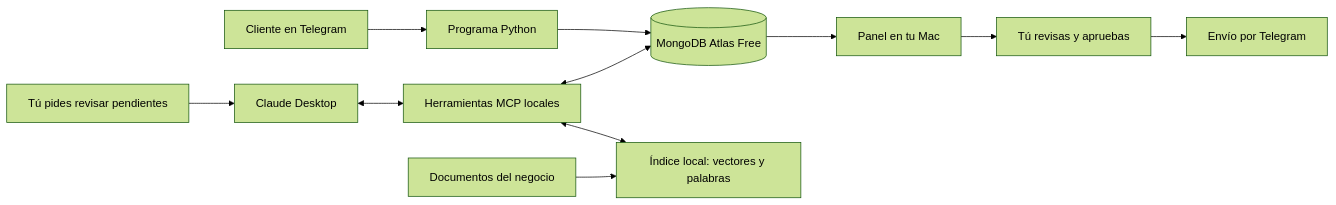
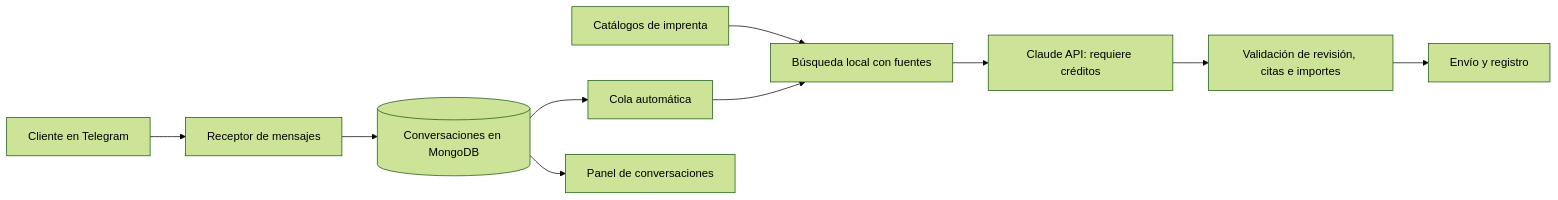
One commit to Israeljuarezjimenez/zentra-aiec changed the diagram in README.md. Above: the diagram before and after it, drawn with Mermaid (forest theme). The commit also changed other lines of this file and 70 other files, not shown here.

````diff
--- a/README.md
+++ b/README.md
@@ -132,13 +104,12 @@
 ```mermaid
 flowchart LR
-    Cliente[Cliente en Telegram] --> Receptor[Programa Python]
-    Receptor --> Mongo[(MongoDB Atlas Free)]
-    Persona[Tú pides revisar pendientes] --> Claude[Claude Desktop]
-    Claude <--> MCP[Herramientas MCP locales]
-    MCP <--> Mongo
-    Documentos[Documentos del negocio] --> Indice[Índice local: vectores y palabras]
-    MCP <--> Indice
-    Mongo --> Panel[Panel en tu Mac]
-    Panel --> Aprobacion[Tú revisas y apruebas]
-    Aprobacion --> Telegram[Envío por Telegram]
+    Cliente[Cliente en Telegram] --> Receptor[Receptor de mensajes]
+    Receptor --> Mongo[(Conversaciones en MongoDB)]
+    Mongo --> Cola[Cola automática]
+    Documentos[Catálogos de imprenta] --> RAG[Búsqueda local con fuentes]
+    Cola --> RAG
+    RAG --> Claude[Claude API: requiere créditos]
+    Claude --> Validacion[Validación de revisión, citas e importes]
+    Validacion --> Telegram[Envío y registro]
+    Mongo --> Panel[Panel de conversaciones]
 ```
````
